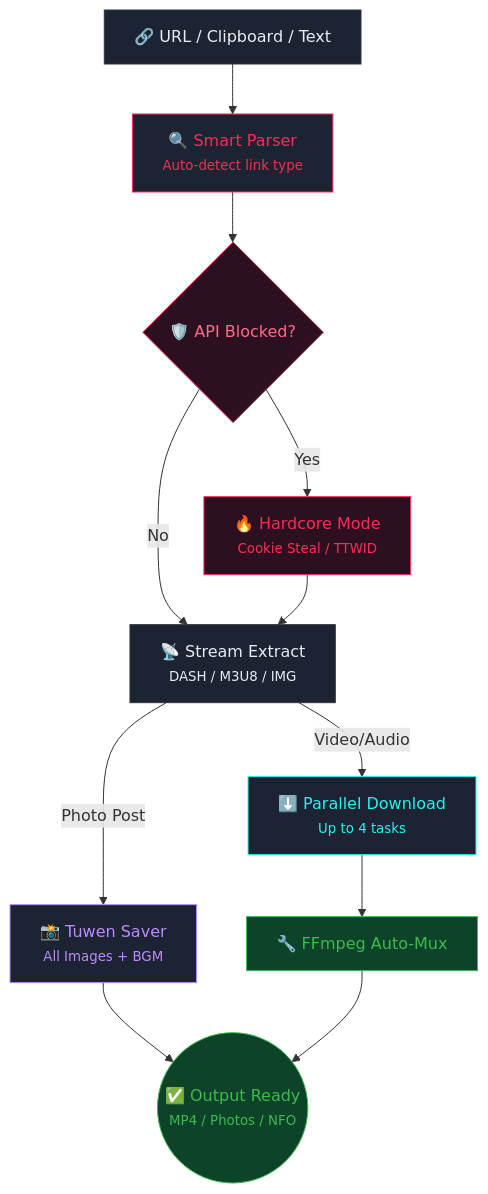
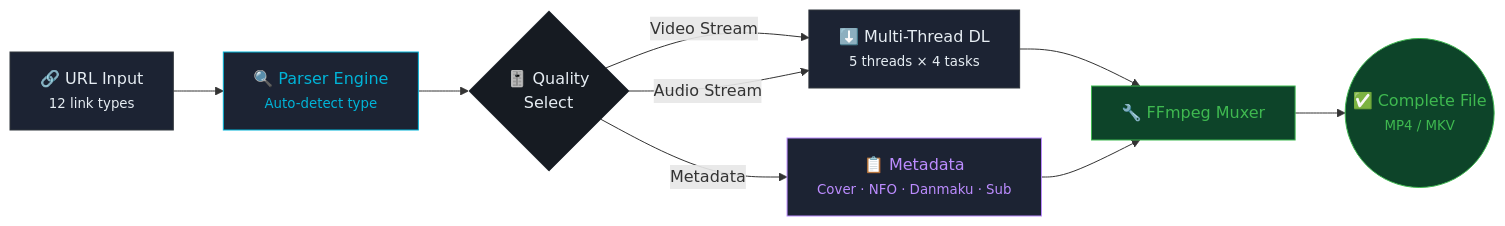
The first of 3 diagrams in README.md (ODV-93/Bilibili-Download), drawn with Mermaid before and after one commit. The commit also changed other lines of this file, not shown here.

````diff
--- a/README.md
+++ b/README.md
@@ -53,23 +62,19 @@
 ```mermaid
-graph TD
-    A["🔗 URL / Clipboard / Text"] --> B["🔍 Smart Parser<br/><small>Auto-detect link type</small>"]
-    B --> C{"🛡️ API Blocked?"}
-    C -->|"Yes"| D["🔥 Hardcore Mode<br/><small>Cookie Steal / TTWID</small>"]
-    C -->|"No"| E["📡 Stream Extract<br/><small>DASH / M3U8 / IMG</small>"]
-    D --> E
-    E -->|"Video/Audio"| F["⬇️ Parallel Download<br/><small>Up to 4 tasks</small>"]
-    E -->|"Photo Post"| G["📸 Tuwen Saver<br/><small>All Images + BGM</small>"]
-    F --> H["🔧 FFmpeg Auto-Mux"]
-    G --> I
-    H --> I(("✅ Output Ready<br/><small>MP4 / Photos / NFO</small>"))
+graph LR
+    A["🔗 URL Input<br/><small>12 link types</small>"] --> B["🔍 Parser Engine<br/><small>Auto-detect type</small>"]
+    B --> C{"🎚️ Quality<br/>Select"}
+    C -->|"Video Stream"| D["⬇️ Multi-Thread DL<br/><small>5 threads × 4 tasks</small>"]
+    C -->|"Audio Stream"| D
+    C -->|"Metadata"| E["📋 Metadata<br/><small>Cover · NFO · Danmaku · Sub</small>"]
+    D --> F["🔧 FFmpeg Muxer"]
+    E --> F
+    F --> G(("✅ Complete File<br/><small>MP4 / MKV</small>"))
 
     style A fill:#1c2333,stroke:#30363d,color:#e6edf3
-    style B fill:#1c2333,stroke:#fe2c55,color:#fe2c55
-    style C fill:#2d1020,stroke:#fe2c55,color:#ff6b8a
-    style D fill:#2d1020,stroke:#fe2c55,color:#fe2c55
-    style E fill:#1c2333,stroke:#30363d,color:#e6edf3
-    style F fill:#1c2333,stroke:#25f4ee,color:#25f4ee
-    style G fill:#1c2333,stroke:#bc8cff,color:#bc8cff
-    style H fill:#0d4429,stroke:#3fb950,color:#3fb950
-    style I fill:#0d4429,stroke:#3fb950,color:#3fb950
+    style B fill:#1c2333,stroke:#00b4d8,color:#00b4d8
+    style C fill:#161b22,stroke:#30363d,color:#e6edf3
+    style D fill:#1c2333,stroke:#30363d,color:#e6edf3
+    style E fill:#1c2333,stroke:#bc8cff,color:#bc8cff
+    style F fill:#0d4429,stroke:#3fb950,color:#3fb950
+    style G fill:#0d4429,stroke:#3fb950,color:#3fb950
 ```
````
